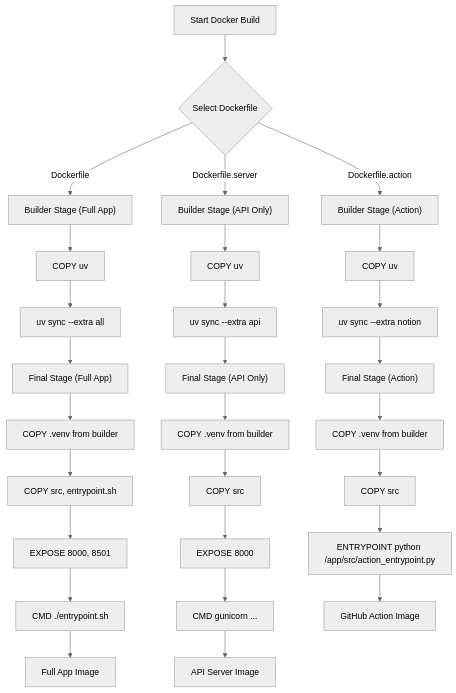
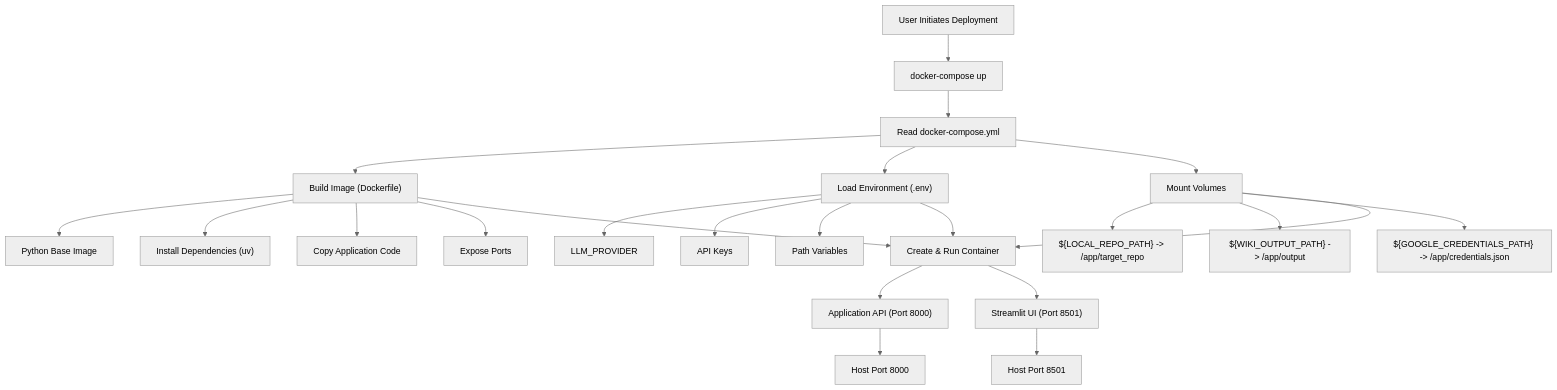
Before and after one commit to catuscio/wiki-as-readme: the sixth of 14 diagrams in examples/wiki_as_README.md, drawn with Mermaid (neutral theme). The commit also changed other lines of this file, not shown here.

Commit message:
✨📚 Update examples/wiki_as_README.md via Wiki-As-Readme Action (en)

````diff
--- a/examples/wiki_as_README.md
+++ b/examples/wiki_as_README.md
@@ -977,38 +938,30 @@
 ```mermaid
 graph TD
-    A["Start Docker Build"] --> B{"Select Dockerfile"};
-    B -- "Dockerfile" --> C["Builder Stage (Full App)"];
-    B -- "Dockerfile.server" --> D["Builder Stage (API Only)"];
-    B -- "Dockerfile.action" --> E["Builder Stage (Action)"];
+    A["User Initiates Deployment"] --> B["docker-compose up"];
 
-    C --> C1["COPY uv"];
-    D --> D1["COPY uv"];
-    E --> E1["COPY uv"];
+    B --> C["Read docker-compose.yml"];
+    C --> D["Build Image (Dockerfile)"];
+    C --> E["Load Environment (.env)"];
+    C --> F["Mount Volumes"];
 
-    C1 --> C2["uv sync --extra all"];
-    D1 --> D2["uv sync --extra api"];
-    E1 --> E2["uv sync --extra notion"];
+    D --> D1["Python Base Image"];
+    D --> D2["Install Dependencies (uv)"];
+    D --> D3["Copy Application Code"];
+    D --> D4["Expose Ports"];
 
-    C2 --> F["Final Stage (Full App)"];
-    D2 --> G["Final Stage (API Only)"];
-    E2 --> H["Final Stage (Action)"];
+    E --> E1["LLM_PROVIDER"];
+    E --> E2["API Keys"];
+    E --> E3["Path Variables"];
 
-    F --> F1["COPY .venv from builder"];
-    G --> G1["COPY .venv from builder"];
-    H --> H1["COPY .venv from builder"];
+    F --> F1["${LOCAL_REPO_PATH} -> /app/target_repo"];
+    F --> F2["${WIKI_OUTPUT_PATH} -> /app/output"];
+    F --> F3["${GOOGLE_CREDENTIALS_PATH} -> /app/credentials.json"];
 
-    F1 --> F2["COPY src, entrypoint.sh"];
-    G1 --> G2["COPY src"];
-    H1 --> H2["COPY src"];
+    D & E & F --> G["Create & Run Container"];
 
-    F2 --> F3["EXPOSE 8000, 8501"];
-    G2 --> G3["EXPOSE 8000"];
-    H2 --> H3["ENTRYPOINT python /app/src/action_entrypoint.py"];
+    G --> H1["Application API (Port 8000)"];
+    G --> H2["Streamlit UI (Port 8501)"];
 
-    F3 --> F4["CMD ./entrypoint.sh"];
-    G3 --> G4["CMD gunicorn ..."];
-
-    F4 --> I["Full App Image"];
-    G4 --> J["API Server Image"];
-    H3 --> K["GitHub Action Image"];
+    H1 --> I1["Host Port 8000"];
+    H2 --> I2["Host Port 8501"];
 ```
````
